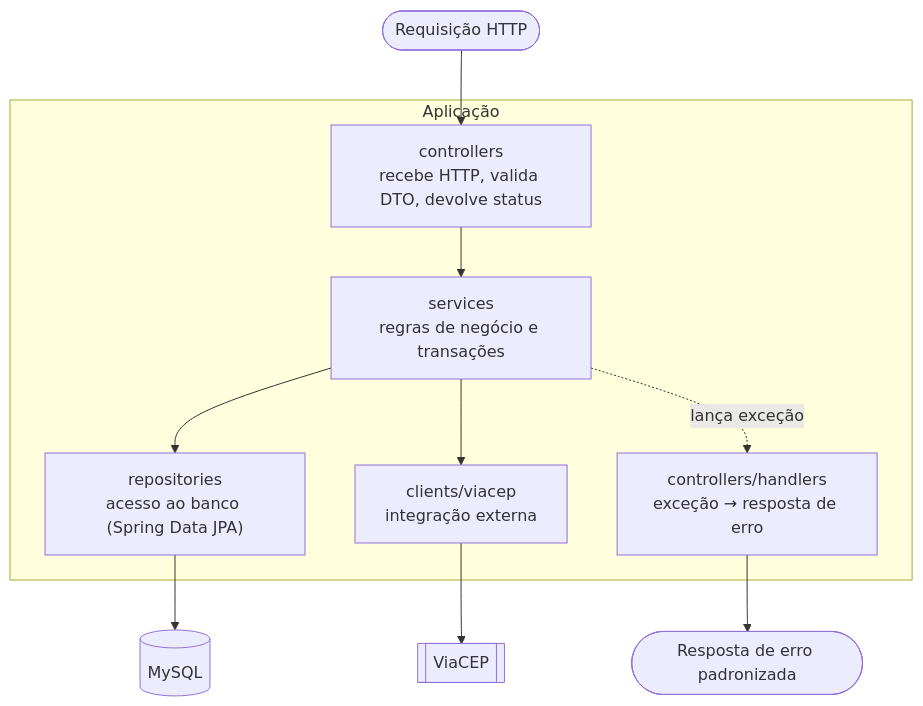
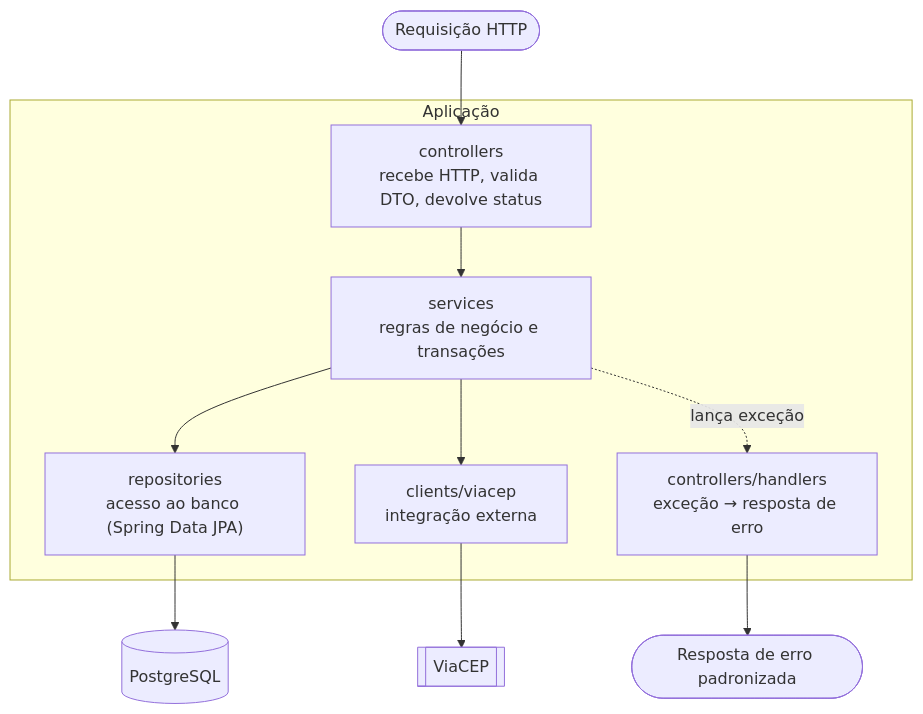
The first of 3 diagrams in backend/README_IMPLEMENTACAO.md (k3vinrich4rd/rkf_bank), drawn with Mermaid before and after one commit. The commit also changed other lines of this file and 21 other files, not shown here.

First line of the commit message:
docs(banco): decisao, guia de corte e prompt do Renan para o PostgreSQL

````diff
--- a/backend/README_IMPLEMENTACAO.md
+++ b/backend/README_IMPLEMENTACAO.md
@@ -12,18 +12,18 @@
 ```mermaid
 flowchart TB
     REQ([Requisição HTTP]) --> CTRL
     subgraph Aplicação
         CTRL["controllers<br/>recebe HTTP, valida DTO, devolve status"]
         SRV["services<br/>regras de negócio e transações"]
         REPO["repositories<br/>acesso ao banco (Spring Data JPA)"]
         CLI["clients/viacep<br/>integração externa"]
         HND["controllers/handlers<br/>exceção → resposta de erro"]
     end
     CTRL --> SRV
     SRV --> REPO
     SRV --> CLI
-    REPO --> DB[(MySQL)]
+    REPO --> DB[(PostgreSQL)]
     CLI --> VIA[[ViaCEP]]
     SRV -. lança exceção .-> HND
     HND --> RESP([Resposta de erro padronizada])
 ```
````
